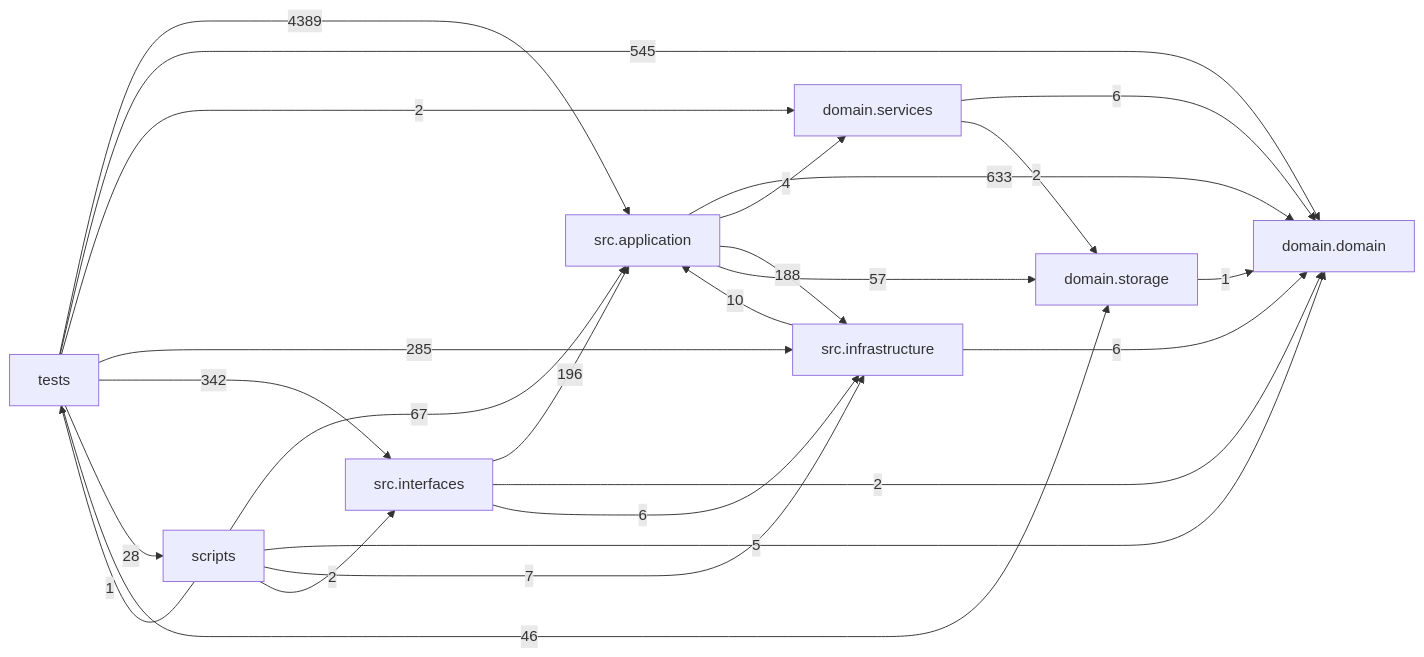
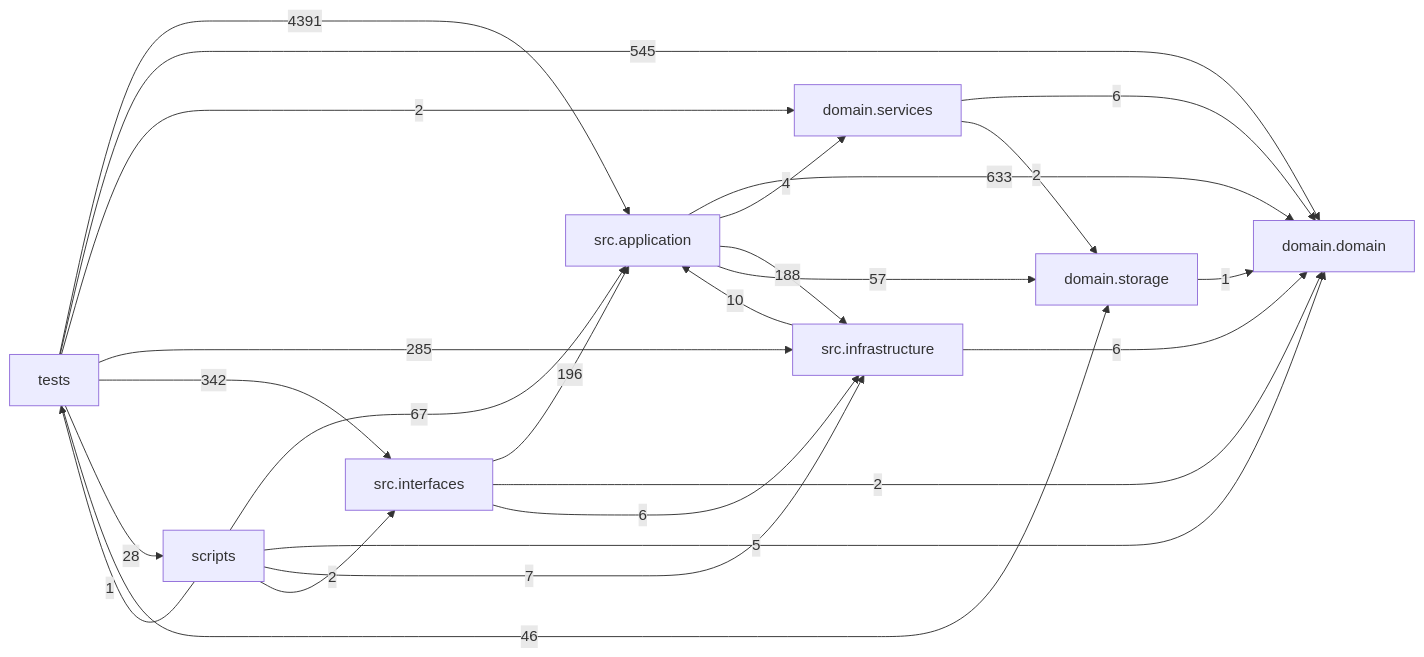
Before and after one commit to liuxie066/options-monitor: the diagram in docs/DEPENDENCY_GRAPH.md, drawn with Mermaid. The commit also changed other lines of this file and 2 other files, not shown here.

````diff
--- a/docs/DEPENDENCY_GRAPH.md
+++ b/docs/DEPENDENCY_GRAPH.md
@@ -24,35 +24,35 @@
 ```mermaid
 flowchart LR
   tests["tests"]
   scripts["scripts"]
   interfaces["src.interfaces"]
   application["src.application"]
   infrastructure["src.infrastructure"]
   domain_services["domain.services"]
   domain["domain.domain"]
   storage["domain.storage"]
   application -->|633| domain
   application -->|4| domain_services
   application -->|188| infrastructure
   application -->|57| storage
   domain_services -->|6| domain
   domain_services -->|2| storage
   infrastructure -->|10| application
   infrastructure -->|6| domain
   interfaces -->|196| application
   interfaces -->|2| domain
   interfaces -->|6| infrastructure
   scripts -->|67| application
   scripts -->|5| domain
   scripts -->|7| infrastructure
   scripts -->|2| interfaces
   scripts -->|1| tests
   storage -->|1| domain
-  tests -->|4389| application
+  tests -->|4391| application
   tests -->|545| domain
   tests -->|2| domain_services
   tests -->|285| infrastructure
   tests -->|342| interfaces
   tests -->|28| scripts
   tests -->|46| storage
 ```
````
